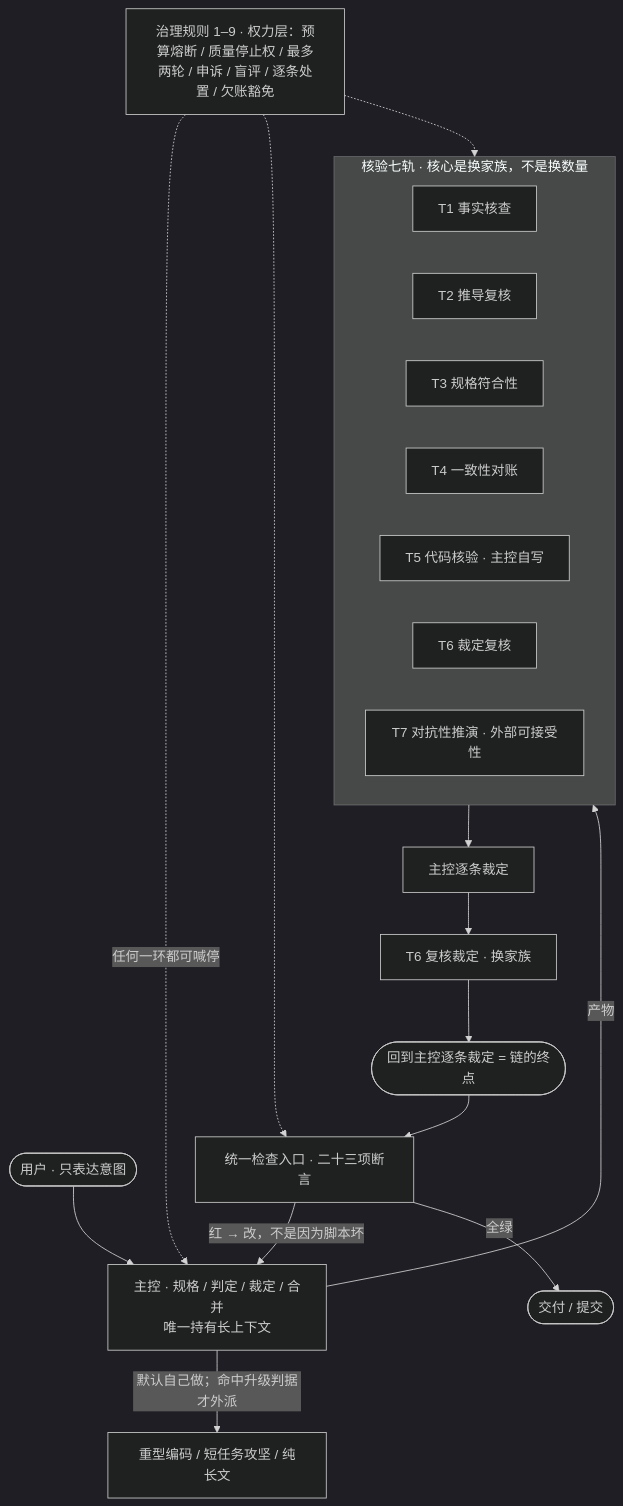
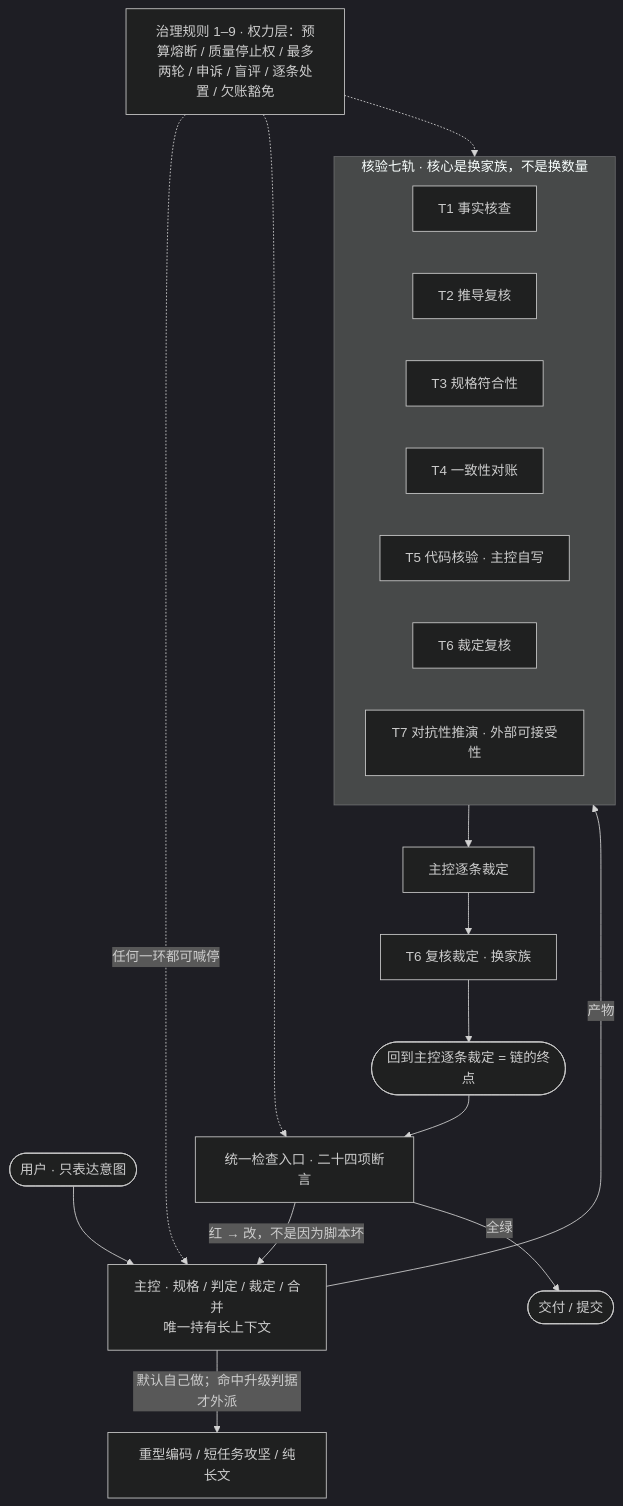
Before and after one commit to cty66699/dsh-ai-system: the diagram in README.md, drawn with Mermaid (dark theme). The commit also changed other lines of this file and 7 other files, not shown here.

````diff
--- a/README.md
+++ b/README.md
@@ -331,29 +331,29 @@
 ```mermaid
 flowchart TB
   U(["用户 · 只表达意图"]) --> M["主控 · 规格 / 判定 / 裁定 / 合并<br/>唯一持有长上下文"]
   M -->|"默认自己做；命中升级判据才外派"| ESC["重型编码 / 短任务攻坚 / 纯长文"]
 
   subgraph V["核验七轨 · 核心是换家族，不是换数量"]
     direction LR
     T1["T1 事实核查"]
     T2["T2 推导复核"]
     T3["T3 规格符合性"]
     T4["T4 一致性对账"]
     T5["T5 代码核验 · 主控自写"]
     T6["T6 裁定复核"]
     T7["T7 对抗性推演 · 外部可接受性"]
   end
 
   M -->|"产物"| V
   V --> DISP["主控逐条裁定"]
   DISP --> T6R["T6 复核裁定 · 换家族"]
   T6R --> END(["回到主控逐条裁定 = 链的终点"])
-  END --> GATE["统一检查入口 · 二十三项断言"]
+  END --> GATE["统一检查入口 · 二十四项断言"]
   GATE -->|"红 → 改，不是因为脚本坏"| M
   GATE -->|"全绿"| OUT(["交付 / 提交"])
 
   POWER["治理规则 1–9 · 权力层：预算熔断 / 质量停止权 / 最多两轮 / 申诉 / 盲评 / 逐条处置 / 欠账豁免"]
   POWER -.->|"任何一环都可喊停"| M
   POWER -.-> V
   POWER -.-> GATE
 ```
````
